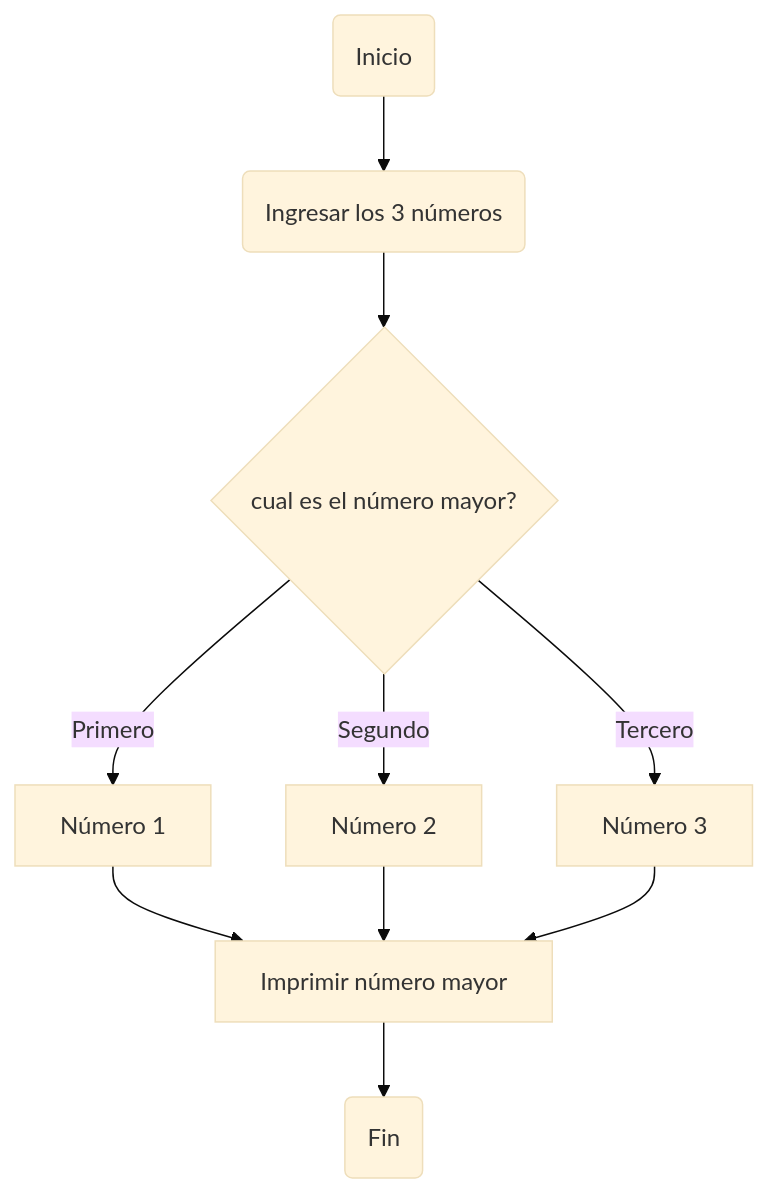
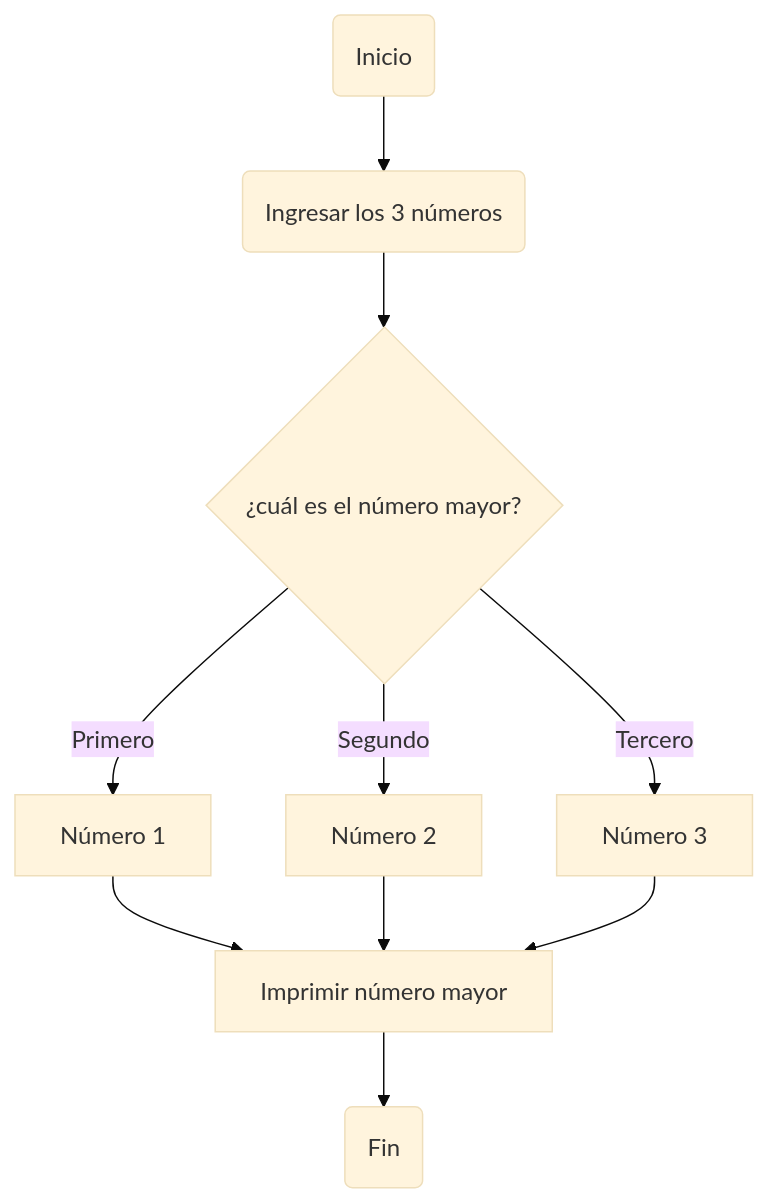
Before and after one commit to jeriosv/taller_1: the first of 3 diagrams in README.md, drawn with Mermaid (base theme).

````diff
--- a/README.md
+++ b/README.md
@@ -24,11 +24,11 @@
 ```mermaid
   graph TD;
     A(Inicio) --> B(Ingresar los 3 números)
-    B --> C{cual es el número mayor?}
+    B --> C{¿cuál es el número mayor?}
     C -->|Primero| D[Número 1] 
     C -->|Segundo| E[Número 2] 
     C -->|Tercero| F[Número 3] 
     D --> G[Imprimir número mayor] --> H(Fin)
     E --> G 
     F --> G 
 ```
````
